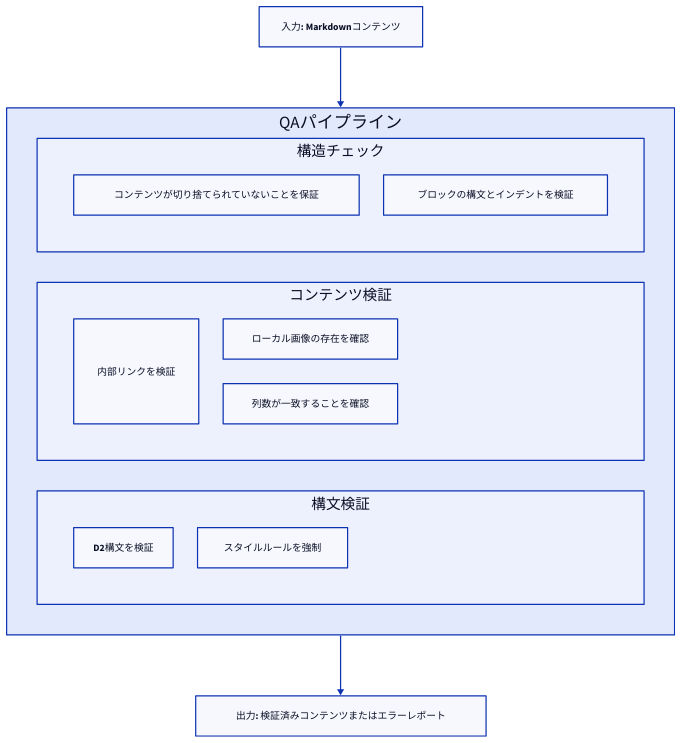
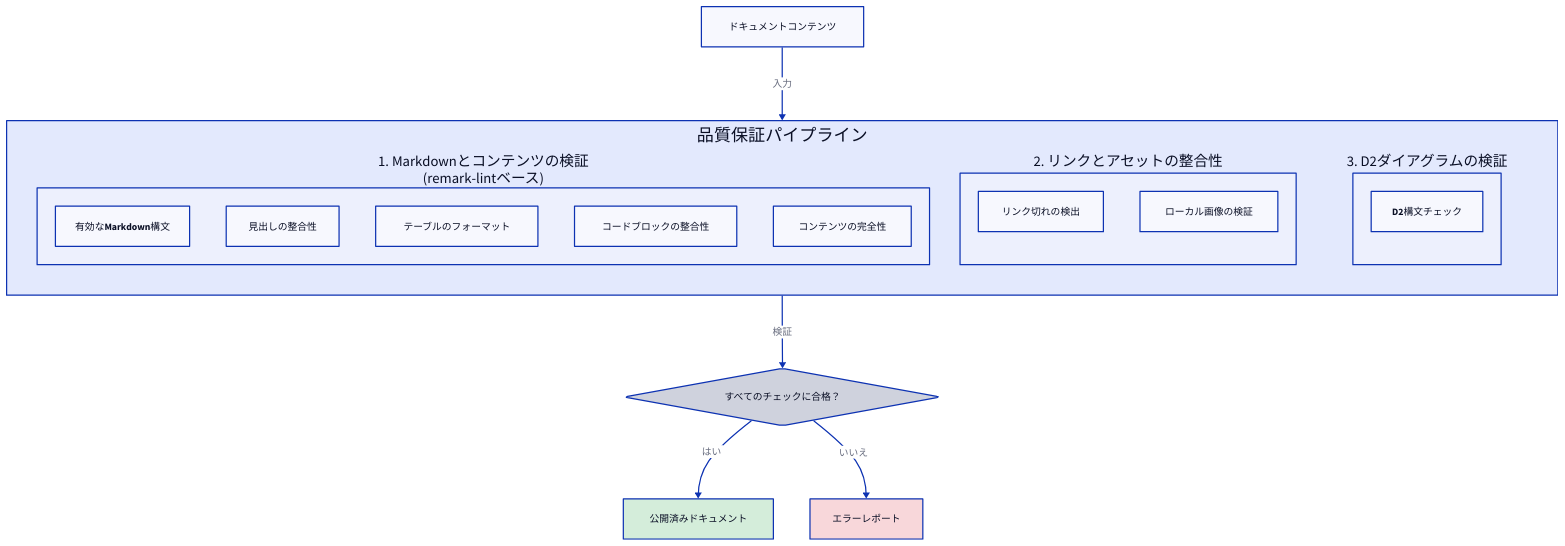
Before and after one commit to AIGNE-io/aigne-doc-smith: the diagram in docs/advanced-quality-assurance.ja.md, drawn with D2. The commit also changed other lines of this file and 69 other files, not shown here.

````diff
--- a/docs/advanced-quality-assurance.ja.md
+++ b/docs/advanced-quality-assurance.ja.md
@@ -7,48 +5,63 @@
-```d2
+```d2 品質保証パイプライン icon=lucide:shield-check
 direction: down
 
-Input-Markdown-Content: {
-  label: "入力: Markdownコンテンツ"
+Documentation-Content: {
+  label: "ドキュメントコンテンツ"
   shape: rectangle
 }
 
-QA-Pipeline: {
-  label: "QAパイプライン"
+Quality-Assurance-Pipeline: {
+  label: "品質保証パイプライン"
   shape: rectangle
-  grid-columns: 1
+  grid-columns: 3
   grid-gap: 50
 
-  Structural-Checks: {
-    label: "構造チェック"
+  Markdown-Validation: {
+    label: "1. Markdownとコンテンツの検証\n(remark-lintベース)"
     shape: rectangle
-    grid-columns: 2
-    Completeness: "コンテンツが切り捨てられていないことを保証"
-    Code-Blocks: "ブロックの構文とインデントを検証"
+
+    Check-1: "有効なMarkdown構文"
+    Check-2: "見出しの整合性"
+    Check-3: "テーブルのフォーマット"
+    Check-4: "コードブロックの整合性"
+    Check-5: "コンテンツの完全性"
   }
 
-  Content-Validation: {
-    label: "コンテンツ検証"
+  Link-Asset-Validation: {
+    label: "2. リンクとアセットの整合性"
     shape: rectangle
-    grid-columns: 2
-    Link-Integrity: "内部リンクを検証"
-    Image-Paths: "ローカル画像の存在を確認"
-    Table-Formatting: "列数が一致することを確認"
+
+    Check-6: "リンク切れの検出"
+    Check-7: "ローカル画像の検証"
   }
 
-  Syntax-Validation: {
-    label: "構文検証"
+  D2-Diagram-Validation: {
+    label: "3. D2ダイアグラムの検証"
     shape: rectangle
-    grid-columns: 2
-    D2-Diagrams: "D2構文を検証"
-    Markdown-Linting: "スタイルルールを強制"
+
+    Check-8: "D2構文チェック"
   }
 }
 
-Output-Validated-Content-or-Error-Report: {
-  label: "出力: 検証済みコンテンツまたはエラーレポート"
-  shape: rectangle
+Validation-Result: {
+  label: "すべてのチェックに合格？"
+  shape: diamond
 }
 
-Input-Markdown-Content -> QA-Pipeline
-QA-Pipeline -> Output-Validated-Content-or-Error-Report
+Published-Documentation: {
+  label: "公開済みドキュメント"
+  shape: rectangle
+  style.fill: "#d4edda"
+}
+
+Error-Report: {
+  label: "エラーレポート"
+  shape: rectangle
+  style.fill: "#f8d7da"
+}
+
+Documentation-Content -> Quality-Assurance-Pipeline: "入力"
+Quality-Assurance-Pipeline -> Validation-Result: "検証"
+Validation-Result -> Published-Documentation: "はい"
+Validation-Result -> Error-Report: "いいえ"
 ```
````
